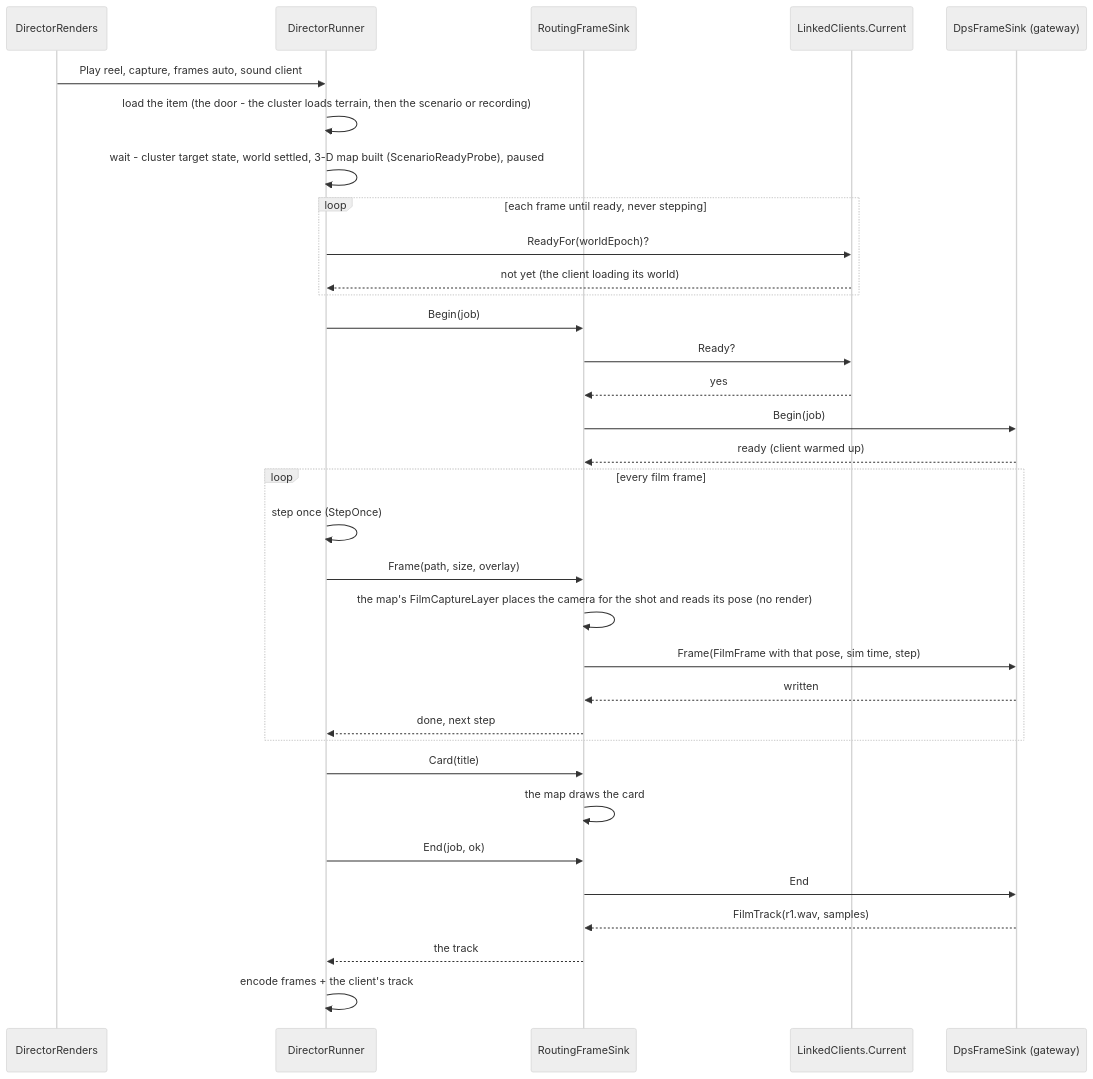
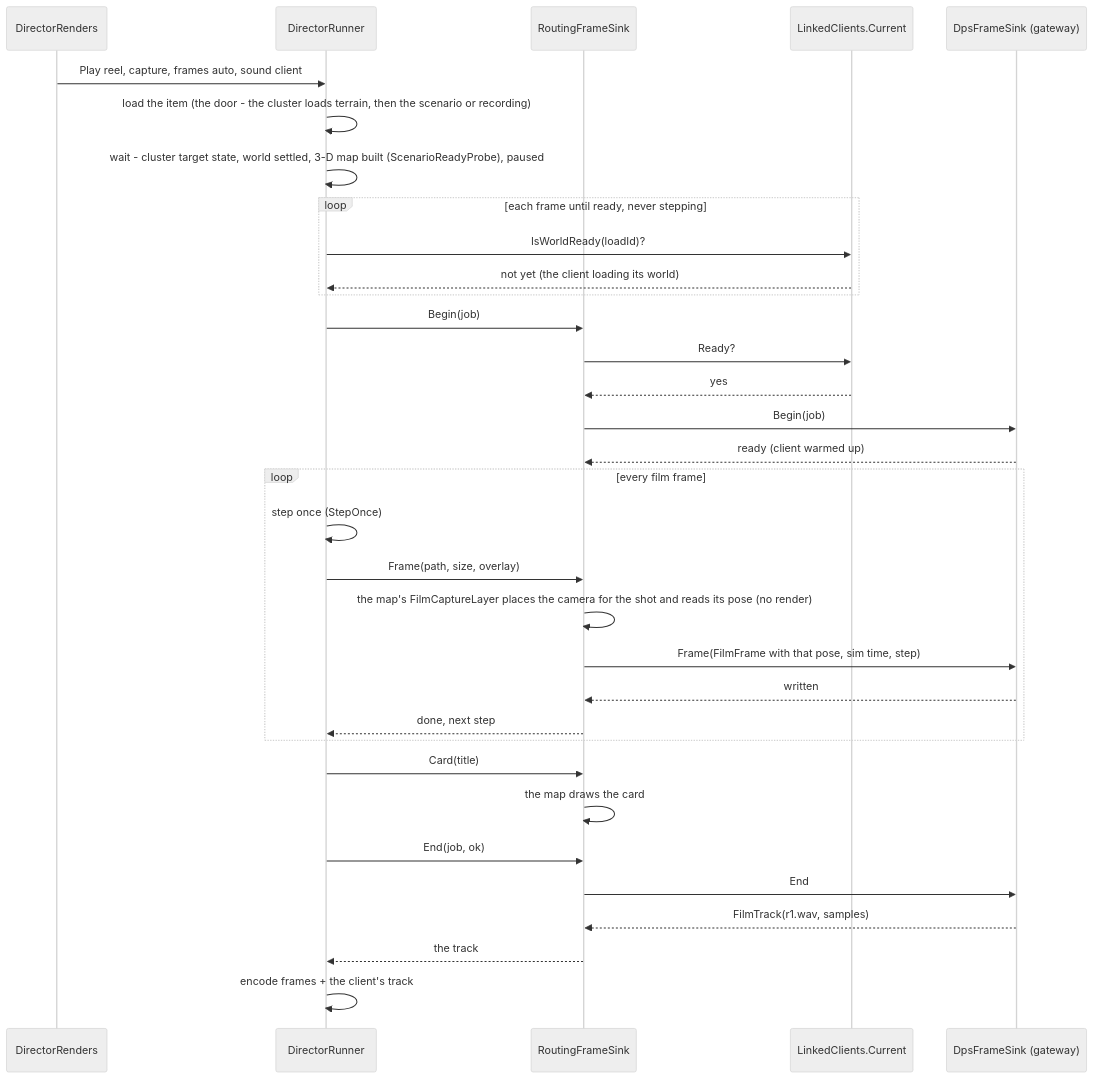
One commit to pjanec/HROT changed the third of 5 diagrams in docs/designs/IG/DESIGN_Linked_Client_Director.md. Above: the diagram before and after it, drawn with Mermaid (neutral theme). The commit also changed other lines of this file and 1 other file, not shown here.

First line of the commit message:
CE-11026: the linked client in every load - BeginWorld/IsWorldReady (no stale-world race), the registry on HrotNodeContext, the step composed for every ECS host beside the map's

````diff
--- a/docs/designs/IG/DESIGN_Linked_Client_Director.md
+++ b/docs/designs/IG/DESIGN_Linked_Client_Director.md
@@ -135,35 +136,35 @@
 ```mermaid
 sequenceDiagram
   participant Q as DirectorRenders
   participant R as DirectorRunner
   participant S as RoutingFrameSink
   participant X as LinkedClients.Current
   participant G as DpsFrameSink (gateway)
   Q->>R: Play reel, capture, frames auto, sound client
   R->>R: load the item (the door - the cluster loads terrain, then the scenario or recording)
   R->>R: wait - cluster target state, world settled, 3-D map built (ScenarioReadyProbe), paused
   loop each frame until ready, never stepping
-    R->>X: ReadyFor(worldEpoch)?
+    R->>X: IsWorldReady(loadId)?
     X-->>R: not yet (the client loading its world)
   end
   R->>S: Begin(job)
   S->>X: Ready?
   X-->>S: yes
   S->>G: Begin(job)
   G-->>S: ready (client warmed up)
   loop every film frame
     R->>R: step once (StepOnce)
     R->>S: Frame(path, size, overlay)
     S->>S: the map's FilmCaptureLayer places the camera for the shot and reads its pose (no render)
     S->>G: Frame(FilmFrame with that pose, sim time, step)
     G-->>S: written
     S-->>R: done, next step
   end
   R->>S: Card(title)
   S->>S: the map draws the card
   R->>S: End(job, ok)
   S->>G: End
   G-->>S: FilmTrack(r1.wav, samples)
   S-->>R: the track
   R->>R: encode frames + the client's track
 ```
````
